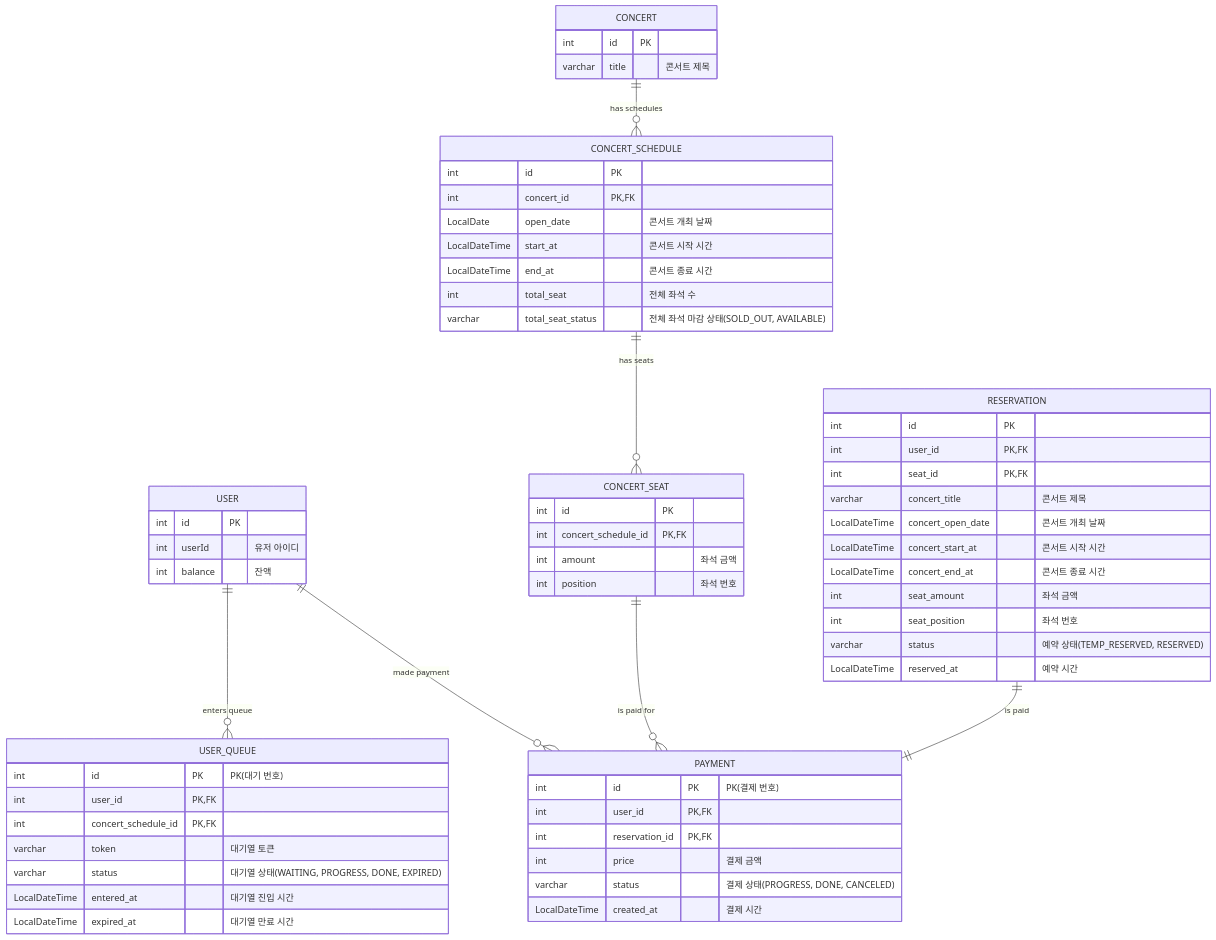
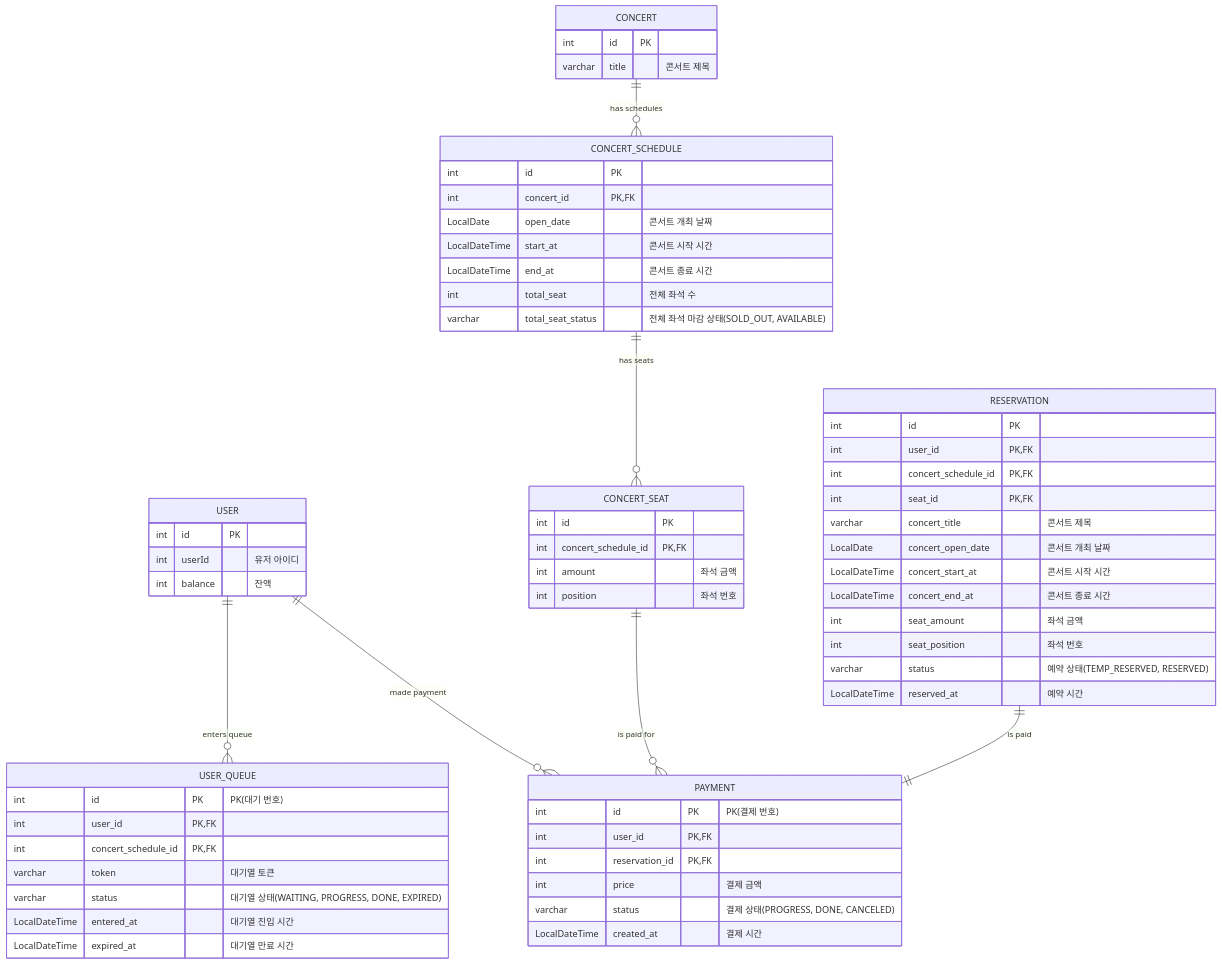
The diagram in docs/erd.md (jikimee64/hhplus-concert), drawn with Mermaid before and after one commit. The commit also changed 15 other files, not shown here.

````diff
--- a/docs/erd.md
+++ b/docs/erd.md
@@ -4,70 +4,71 @@
 ```mermaid
 erDiagram
     USER {
         int id PK
         int userId "유저 아이디"
         int balance "잔액"
     }
 
     USER_QUEUE {
         int id PK "PK(대기 번호)"
         int user_id PK, FK
         int concert_schedule_id PK, FK
         varchar token "대기열 토큰"
         varchar status "대기열 상태(WAITING, PROGRESS, DONE, EXPIRED)"
         LocalDateTime entered_at "대기열 진입 시간"
         LocalDateTime expired_at "대기열 만료 시간"
     }
 
     PAYMENT {
         int id PK "PK(결제 번호)"
         int user_id PK, FK
         int reservation_id PK, FK
         int price "결제 금액"
         varchar status "결제 상태(PROGRESS, DONE, CANCELED)"
         LocalDateTime created_at "결제 시간"
     }
 
     CONCERT {
         int id PK
         varchar title "콘서트 제목"
     }
 
     CONCERT_SCHEDULE {
         int id PK
         int concert_id PK, FK
         LocalDate open_date "콘서트 개최 날짜"
         LocalDateTime start_at "콘서트 시작 시간"
         LocalDateTime end_at "콘서트 종료 시간"
         int total_seat "전체 좌석 수"
         varchar total_seat_status "전체 좌석 마감 상태(SOLD_OUT, AVAILABLE)"
     }
 
     CONCERT_SEAT {
         int id PK
         int concert_schedule_id PK, FK
         int amount "좌석 금액"
         int position "좌석 번호"
     }
 
     RESERVATION {
         int id PK
         int user_id PK, FK
+        int concert_schedule_id PK, FK
         int seat_id PK, FK
         varchar concert_title "콘서트 제목"
-        LocalDateTime concert_open_date "콘서트 개최 날짜"
+        LocalDate concert_open_date "콘서트 개최 날짜"
         LocalDateTime concert_start_at "콘서트 시작 시간"
         LocalDateTime concert_end_at "콘서트 종료 시간"
         int seat_amount "좌석 금액"
         int seat_position "좌석 번호"
         varchar status "예약 상태(TEMP_RESERVED, RESERVED)"
         LocalDateTime reserved_at "예약 시간"
     }
 
     CONCERT ||--o{ CONCERT_SCHEDULE: "has schedules"
     CONCERT_SCHEDULE ||--o{ CONCERT_SEAT: "has seats"
     USER ||--o{ USER_QUEUE: "enters queue"
     USER ||--o{ PAYMENT: "made payment"
     CONCERT_SEAT ||--o{ PAYMENT: "is paid for"
     RESERVATION ||--|| PAYMENT: "is paid"
 ```
````
